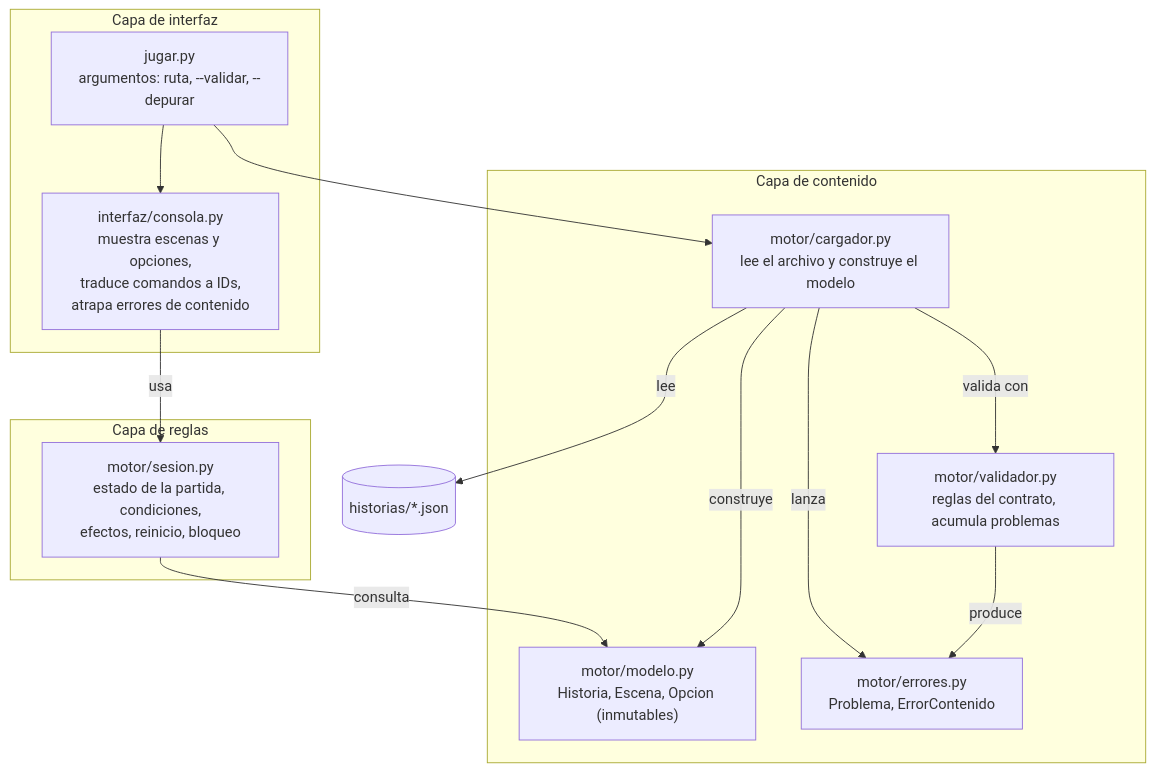
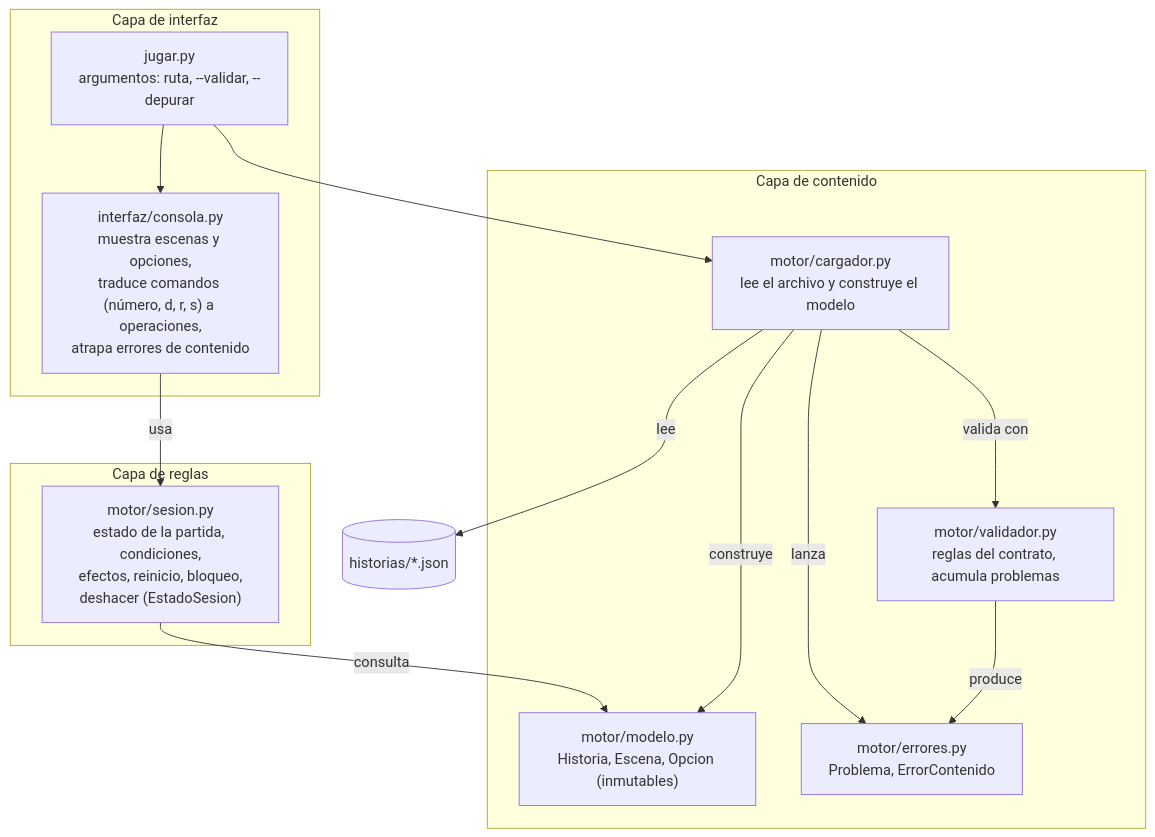
One commit to CamiloConde/Parcial-2-Ingenieria-de-software changed the diagram in docs/anexo/A6_arquitectura.md. Above: the diagram before and after it, drawn with Mermaid. The commit also changed 5 other files, not shown here.

````diff
--- a/docs/anexo/A6_arquitectura.md
+++ b/docs/anexo/A6_arquitectura.md
@@ -3,26 +3,26 @@
 ```mermaid
 flowchart TB
   subgraph UI["Capa de interfaz"]
     J["jugar.py<br/>argumentos: ruta, --validar, --depurar"]
-    CON["interfaz/consola.py<br/>muestra escenas y opciones,<br/>traduce comandos a IDs,<br/>atrapa errores de contenido"]
+    CON["interfaz/consola.py<br/>muestra escenas y opciones,<br/>traduce comandos (número, d, r, s) a operaciones,<br/>atrapa errores de contenido"]
   end
   subgraph REG["Capa de reglas"]
-    SES["motor/sesion.py<br/>estado de la partida, condiciones,<br/>efectos, reinicio, bloqueo"]
+    SES["motor/sesion.py<br/>estado de la partida, condiciones,<br/>efectos, reinicio, bloqueo,<br/>deshacer (EstadoSesion)"]
   end
   subgraph CONT["Capa de contenido"]
     CAR["motor/cargador.py<br/>lee el archivo y construye el modelo"]
     VAL["motor/validador.py<br/>reglas del contrato, acumula problemas"]
     MOD["motor/modelo.py<br/>Historia, Escena, Opcion (inmutables)"]
     ERR["motor/errores.py<br/>Problema, ErrorContenido"]
   end
   DAT[("historias/*.json")]
   J --> CON
   J --> CAR
   CON -->|"usa"| SES
   SES -->|"consulta"| MOD
   CAR -->|"valida con"| VAL
   CAR -->|"construye"| MOD
   CAR -->|"lanza"| ERR
   VAL -->|"produce"| ERR
   CAR -->|"lee"| DAT
 ```
````
